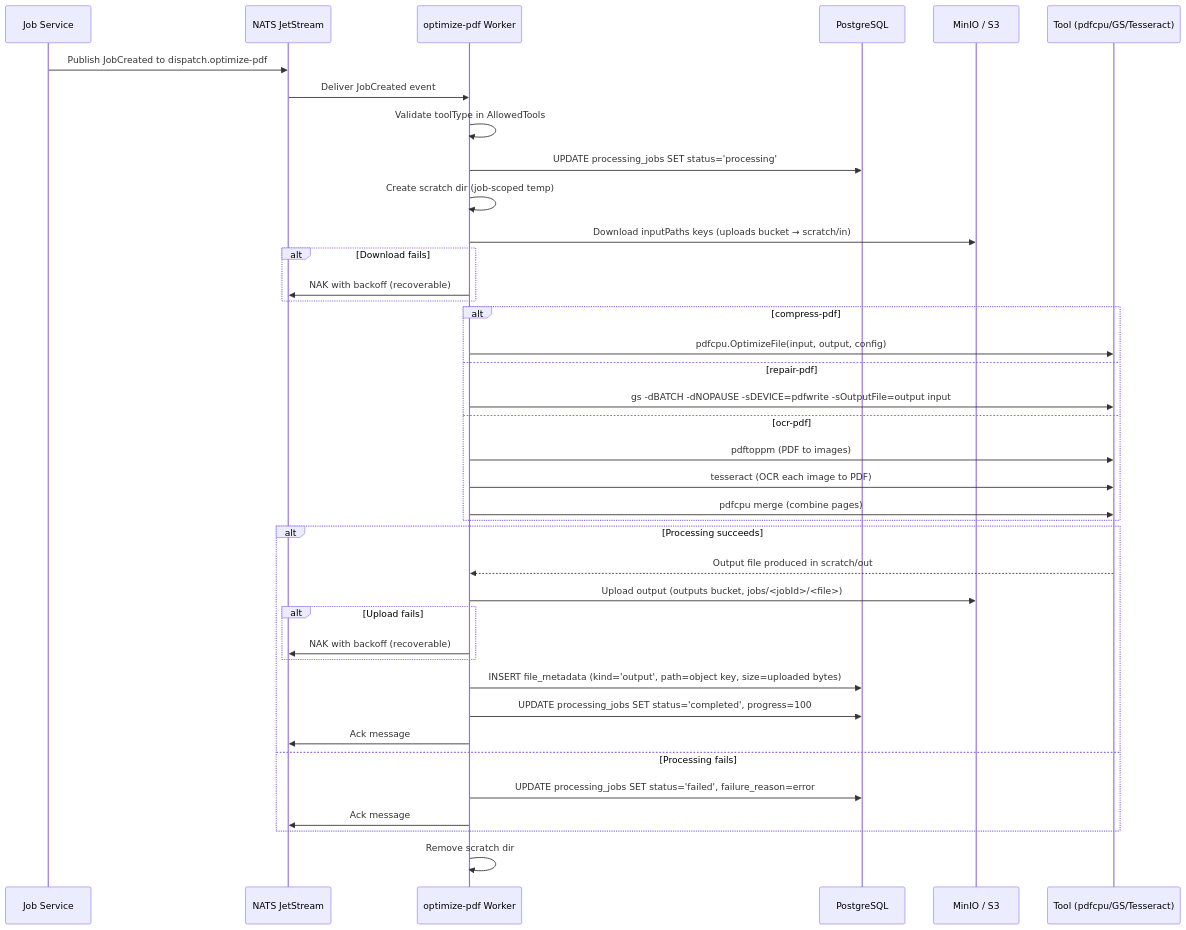
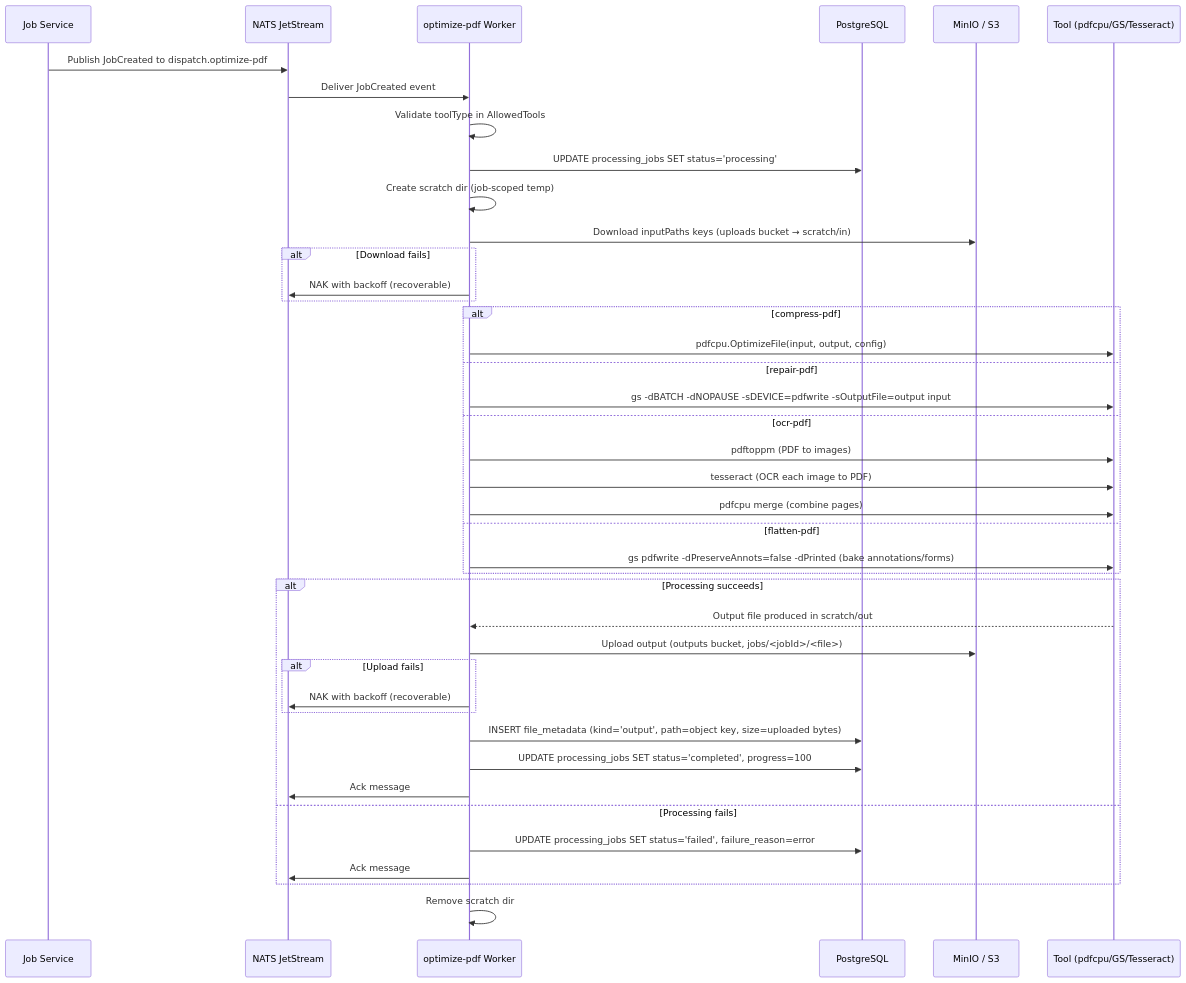
Before and after one commit to code-farms/fyredocs_backend: the first of 4 diagrams in docs/developer/services/optimize-pdf.md, drawn with Mermaid. The commit also changed other lines of this file and 28 other files, not shown here.

First line of the commit message:
feat: add pdf-metadata and flatten-pdf tools with validation and processing

````diff
--- a/docs/developer/services/optimize-pdf.md
+++ b/docs/developer/services/optimize-pdf.md
@@ -235,46 +249,48 @@
 ```mermaid
 sequenceDiagram
     participant JS as Job Service
     participant NATS as NATS JetStream
     participant W as optimize-pdf Worker
     participant DB as PostgreSQL
     participant S3 as MinIO / S3
     participant T as Tool (pdfcpu/GS/Tesseract)
 
     JS->>NATS: Publish JobCreated to dispatch.optimize-pdf
     NATS->>W: Deliver JobCreated event
 
     W->>W: Validate toolType in AllowedTools
     W->>DB: UPDATE processing_jobs SET status='processing'
 
     W->>W: Create scratch dir (job-scoped temp)
     W->>S3: Download inputPaths keys (uploads bucket → scratch/in)
     alt Download fails
         W->>NATS: NAK with backoff (recoverable)
     end
 
     alt compress-pdf
         W->>T: pdfcpu.OptimizeFile(input, output, config)
     else repair-pdf
         W->>T: gs -dBATCH -dNOPAUSE -sDEVICE=pdfwrite -sOutputFile=output input
     else ocr-pdf
         W->>T: pdftoppm (PDF to images)
         W->>T: tesseract (OCR each image to PDF)
         W->>T: pdfcpu merge (combine pages)
+    else flatten-pdf
+        W->>T: gs pdfwrite -dPreserveAnnots=false -dPrinted (bake annotations/forms)
     end
 
     alt Processing succeeds
         T-->>W: Output file produced in scratch/out
         W->>S3: Upload output (outputs bucket, jobs/<jobId>/<file>)
         alt Upload fails
             W->>NATS: NAK with backoff (recoverable)
         end
         W->>DB: INSERT file_metadata (kind='output', path=object key, size=uploaded bytes)
         W->>DB: UPDATE processing_jobs SET status='completed', progress=100
         W->>NATS: Ack message
     else Processing fails
         W->>DB: UPDATE processing_jobs SET status='failed', failure_reason=error
         W->>NATS: Ack message
     end
     W->>W: Remove scratch dir
 ```
````
